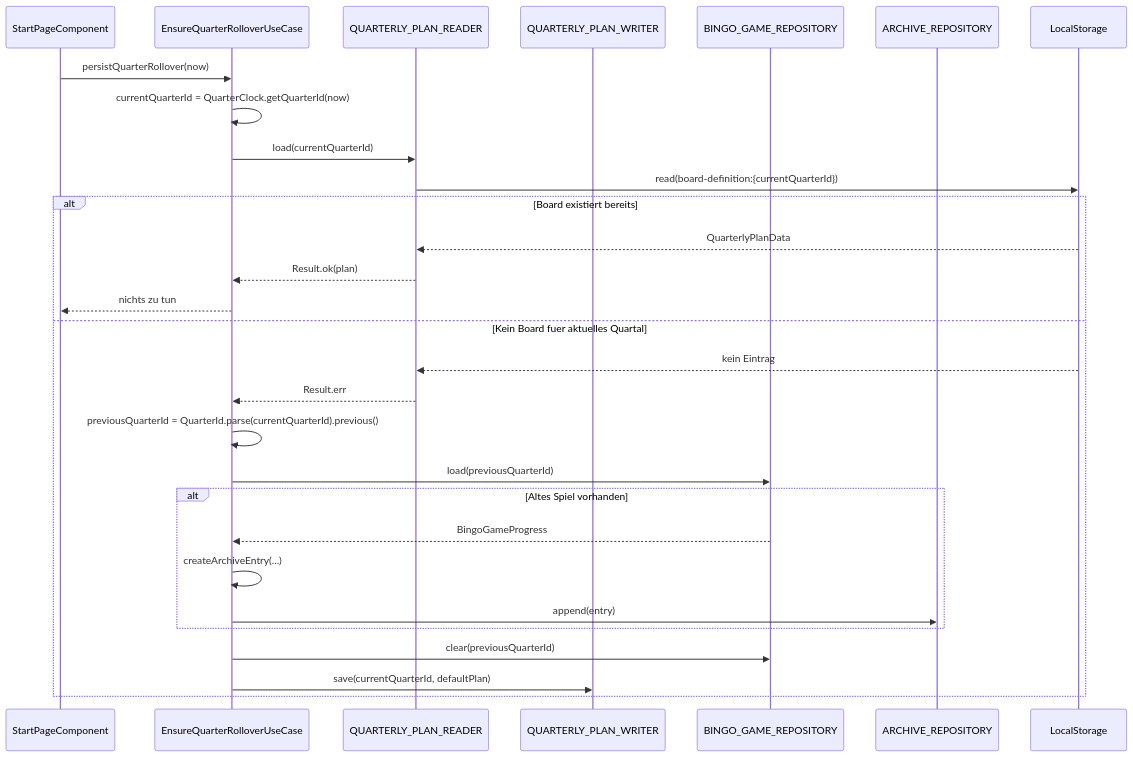
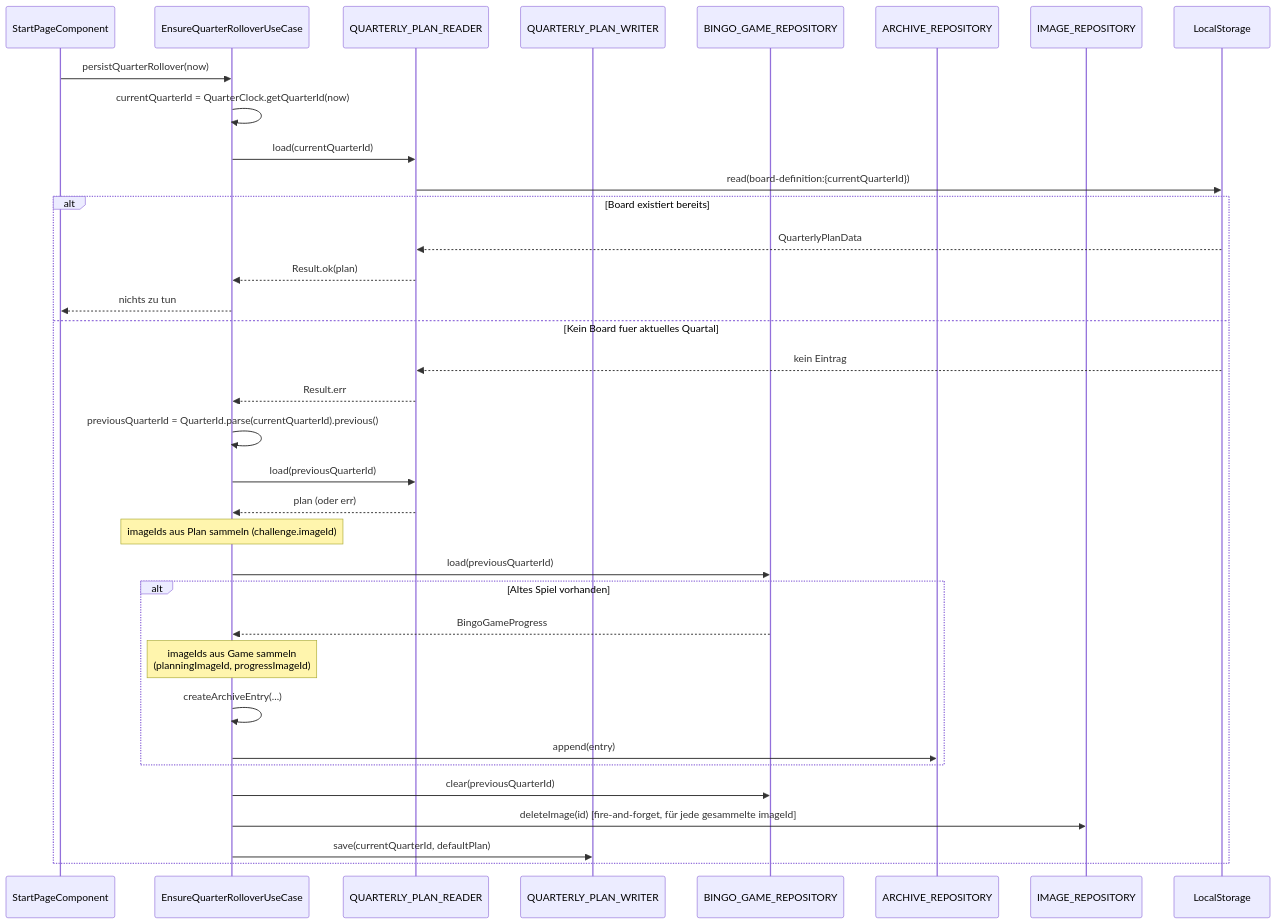
Before and after one commit to flingoflux/knitting-quarterly-bingo: the fourth of 14 diagrams in docs/arc42.md, drawn with Mermaid. The commit also changed other lines of this file, not shown here.

Commit message:
feat: update docs to reflect two-stage image garbage collection for orphaned images in IndexedDB

````diff
--- a/docs/arc42.md
+++ b/docs/arc42.md
@@ -296,32 +297,38 @@
 ```mermaid
 sequenceDiagram
   participant SPC as StartPageComponent
   participant RUC as EnsureQuarterRolloverUseCase
   participant QPR as QUARTERLY_PLAN_READER
   participant QPW as QUARTERLY_PLAN_WRITER
   participant BGR as BINGO_GAME_REPOSITORY
   participant AR as ARCHIVE_REPOSITORY
+  participant IR as IMAGE_REPOSITORY
   participant LocalStorage
 
   SPC->>RUC: persistQuarterRollover(now)
   RUC->>RUC: currentQuarterId = QuarterClock.getQuarterId(now)
   RUC->>QPR: load(currentQuarterId)
   QPR->>LocalStorage: read(board-definition:{currentQuarterId})
   alt Board existiert bereits
     LocalStorage-->>QPR: QuarterlyPlanData
     QPR-->>RUC: Result.ok(plan)
     RUC-->>SPC: nichts zu tun
   else Kein Board fuer aktuelles Quartal
     LocalStorage-->>QPR: kein Eintrag
     QPR-->>RUC: Result.err
     RUC->>RUC: previousQuarterId = QuarterId.parse(currentQuarterId).previous()
+    RUC->>QPR: load(previousQuarterId)
+    QPR-->>RUC: plan (oder err)
+    Note over RUC: imageIds aus Plan sammeln (challenge.imageId)
     RUC->>BGR: load(previousQuarterId)
     alt Altes Spiel vorhanden
       BGR-->>RUC: BingoGameProgress
+      Note over RUC: imageIds aus Game sammeln<br/>(planningImageId, progressImageId)
       RUC->>RUC: createArchiveEntry(...)
       RUC->>AR: append(entry)
     end
     RUC->>BGR: clear(previousQuarterId)
+    RUC->>IR: deleteImage(id) [fire-and-forget, für jede gesammelte imageId]
     RUC->>QPW: save(currentQuarterId, defaultPlan)
   end
 ```
````
